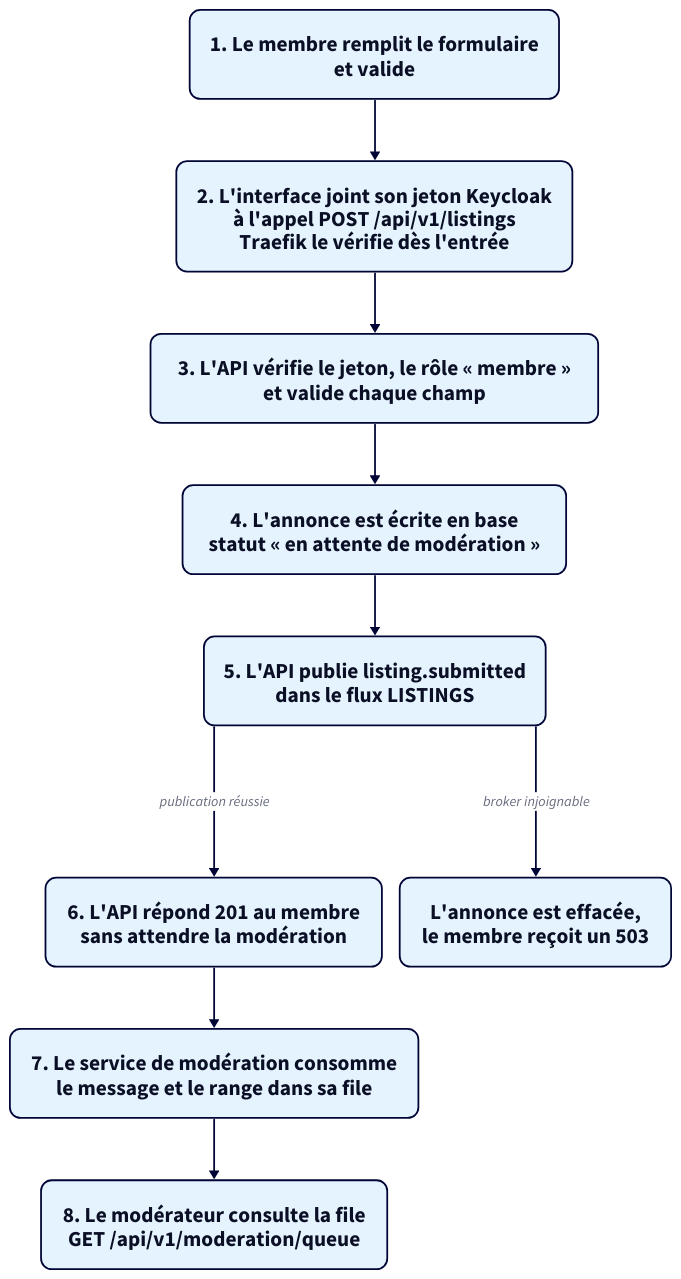
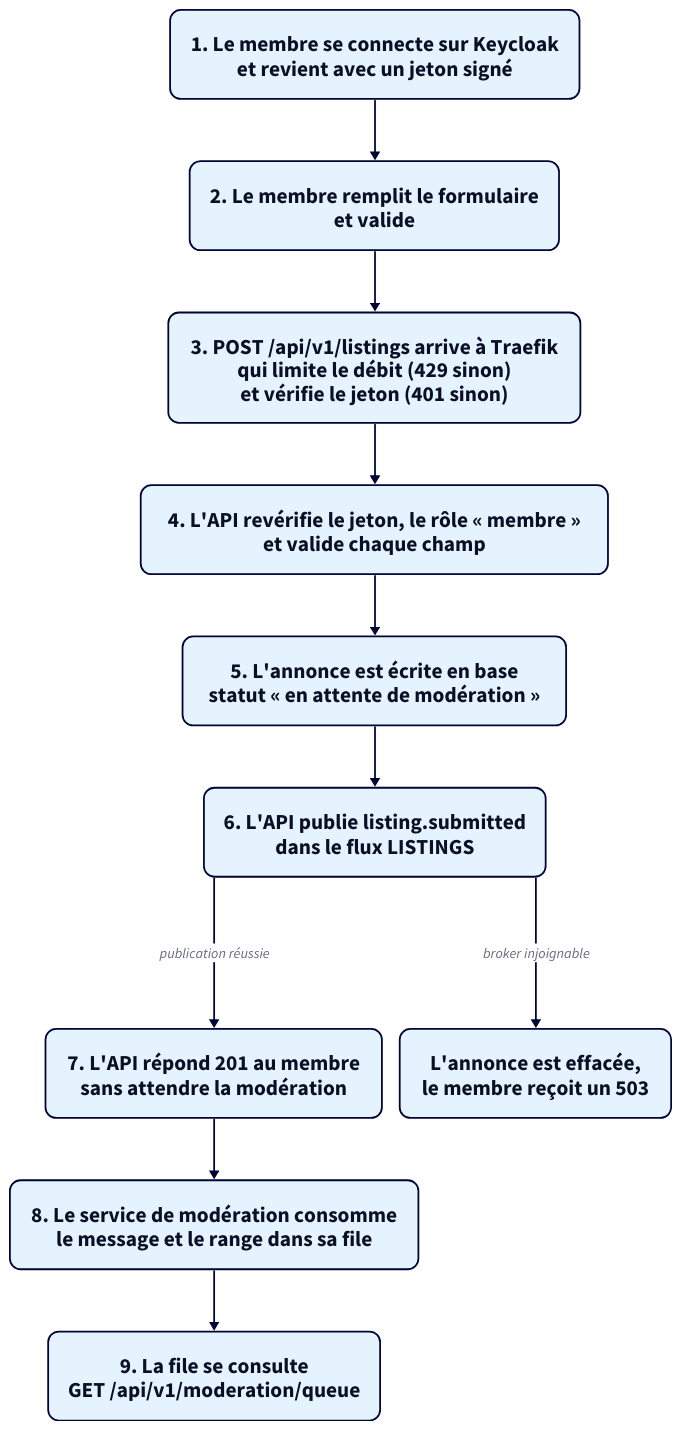
One commit to kitaah/pme changed the second of 2 diagrams in docs/architecture.md. Above: the diagram before and after it, drawn with D2. The commit also changed other lines of this file and 2 other files, not shown here.

Commit message:
feat(ingress): rate limit requests to 200 per minute at Traefik

````diff
--- a/docs/architecture.md
+++ b/docs/architecture.md
@@ -111,34 +136,35 @@
 ```d2
 vars: {
   d2-config: {
     layout-engine: elk
     theme-id: 5
     pad: 8
   }
 }
 direction: down
 
 classes: {
   boite: {
     style: {
       font-size: 24
       border-radius: 12
     }
   }
 }
 
-depot: "1. Le membre remplit le formulaire\net valide" {class: boite}
-jeton: "2. L'interface joint son jeton Keycloak\nà l'appel POST /api/v1/listings\nTraefik le vérifie dès l'entrée" {class: boite}
-controle: "3. L'API vérifie le jeton, le rôle « membre »\net valide chaque champ" {class: boite}
-ecriture: "4. L'annonce est écrite en base\nstatut « en attente de modération »" {class: boite}
-publication: "5. L'API publie listing.submitted\ndans le flux LISTINGS" {class: boite}
-reponse: "6. L'API répond 201 au membre\nsans attendre la modération" {class: boite}
-consommation: "7. Le service de modération consomme\nle message et le range dans sa file" {class: boite}
-file: "8. Le modérateur consulte la file\nGET /api/v1/moderation/queue" {class: boite}
+connexion: "1. Le membre se connecte sur Keycloak\net revient avec un jeton signé" {class: boite}
+depot: "2. Le membre remplit le formulaire\net valide" {class: boite}
+entree: "3. POST /api/v1/listings arrive à Traefik\nqui limite le débit (429 sinon)\net vérifie le jeton (401 sinon)" {class: boite}
+controle: "4. L'API revérifie le jeton, le rôle « membre »\net valide chaque champ" {class: boite}
+ecriture: "5. L'annonce est écrite en base\nstatut « en attente de modération »" {class: boite}
+publication: "6. L'API publie listing.submitted\ndans le flux LISTINGS" {class: boite}
+reponse: "7. L'API répond 201 au membre\nsans attendre la modération" {class: boite}
+consommation: "8. Le service de modération consomme\nle message et le range dans sa file" {class: boite}
+file: "9. La file se consulte\nGET /api/v1/moderation/queue" {class: boite}
 compensation: "L'annonce est effacée,\nle membre reçoit un 503" {class: boite}
 
-depot -> jeton -> controle -> ecriture -> publication
+connexion -> depot -> entree -> controle -> ecriture -> publication
 publication -> reponse: publication réussie
 publication -> compensation: broker injoignable
 reponse -> consommation -> file
 ```
````
